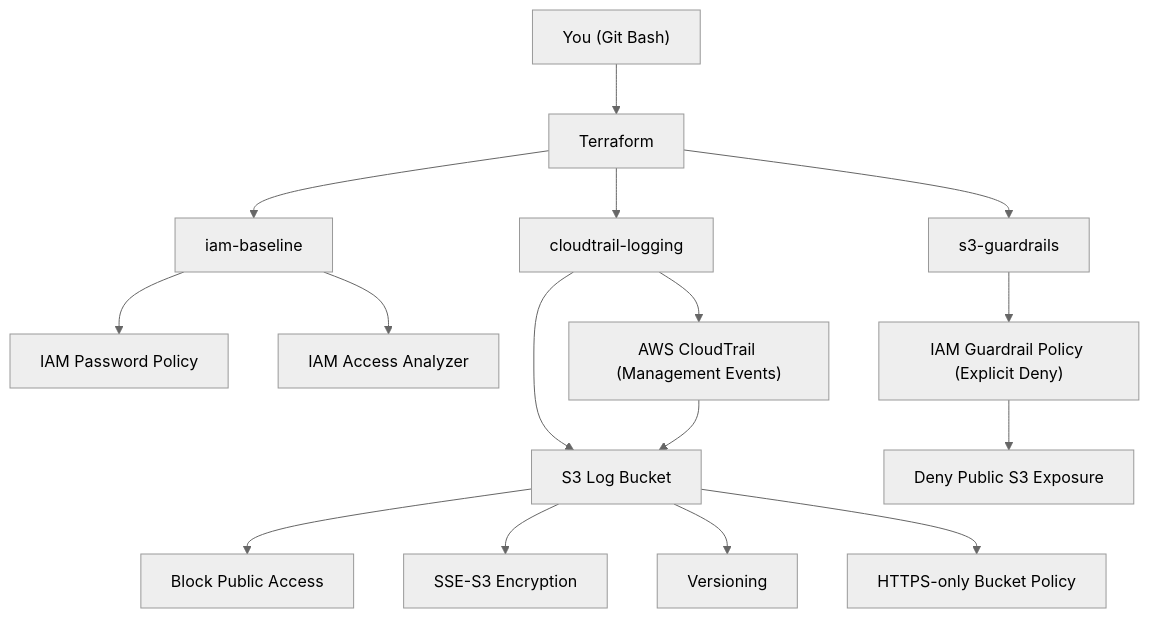
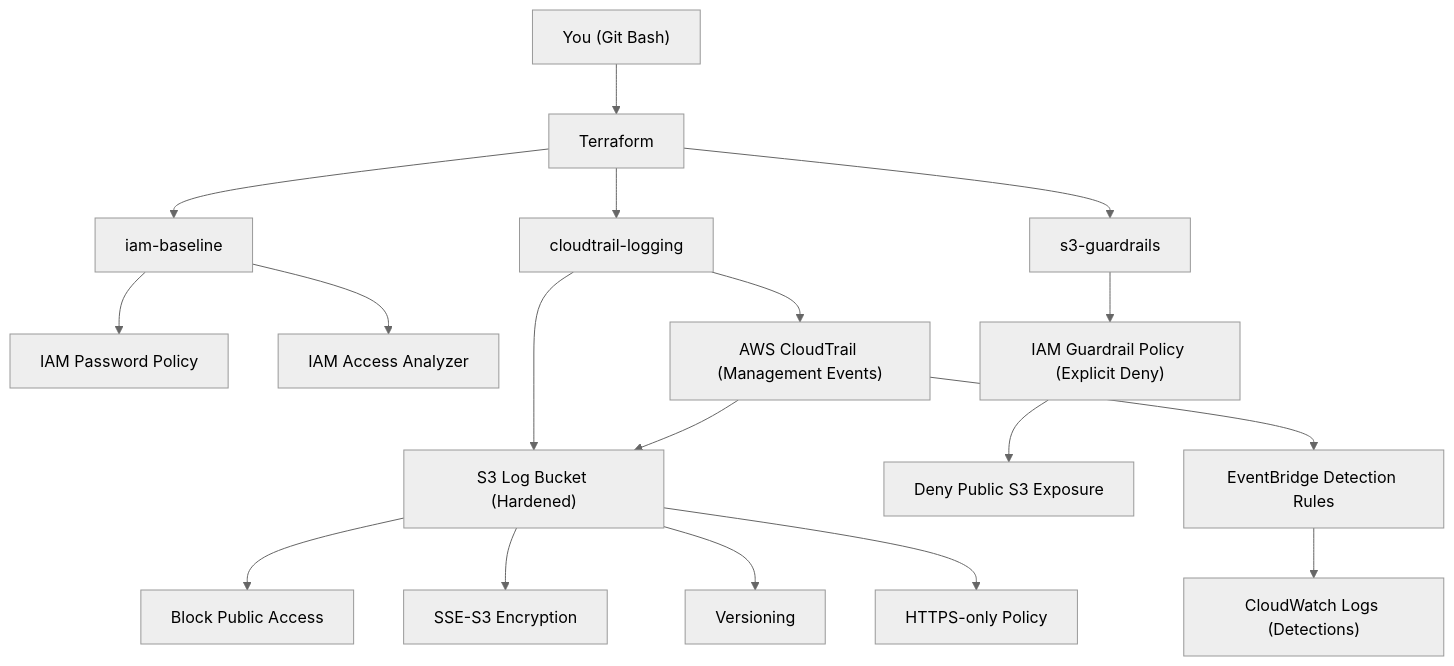
The diagram in README.md (Hydrojak/aws-cloud-hardening-baseline), drawn with Mermaid (neutral theme) before and after one commit. The commit also changed other lines of this file, not shown here.

````diff
--- a/README.md
+++ b/README.md
@@ -36,24 +43,28 @@
 ```mermaid
 flowchart TB
   Dev["You (Git Bash)"] --> TF["Terraform"]
 
+  %% V1 - Hardening
   TF --> M1["iam-baseline"]
   TF --> M2["cloudtrail-logging"]
   TF --> M3["s3-guardrails"]
 
   M1 --> PP["IAM Password Policy"]
   M1 --> AA["IAM Access Analyzer"]
 
   M2 --> CT["AWS CloudTrail (Management Events)"]
-  M2 --> S3["S3 Log Bucket"]
+  M2 --> S3["S3 Log Bucket (Hardened)"]
   CT --> S3
 
   S3 --> PAB["Block Public Access"]
   S3 --> ENC["SSE-S3 Encryption"]
   S3 --> VER["Versioning"]
-  S3 --> TLS["HTTPS-only Bucket Policy"]
+  S3 --> TLS["HTTPS-only Policy"]
 
   M3 --> GP["IAM Guardrail Policy (Explicit Deny)"]
   GP --> DENY["Deny Public S3 Exposure"]
 
+  %% V2 - Detection
+  CT --> EB["EventBridge Detection Rules"]
+  EB --> CWL["CloudWatch Logs (Detections)"]
 ```
````
